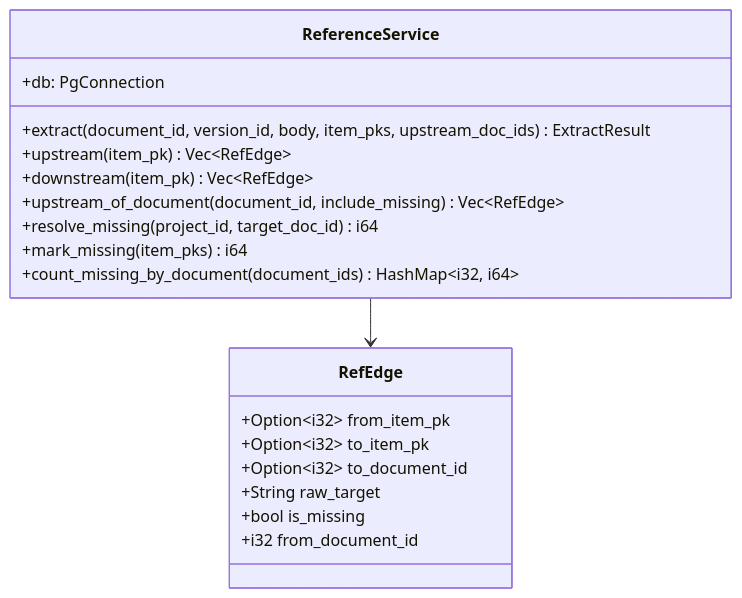
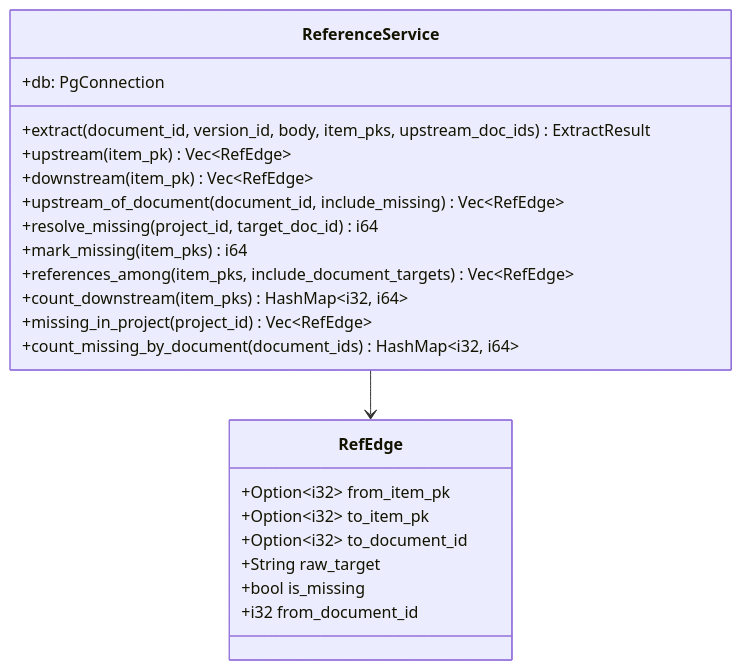
Before and after one commit to HoyoungParkme/syncdoc: the third of 6 diagrams in docs/specs/06-DOM/SYNC-DOM-004.md, drawn with Mermaid. The commit also changed other lines of this file, not shown here.

````diff
--- a/docs/specs/06-DOM/SYNC-DOM-004.md
+++ b/docs/specs/06-DOM/SYNC-DOM-004.md
@@ -445,22 +455,25 @@
 ```mermaid
 classDiagram
     class ReferenceService {
         +db: PgConnection
         +extract(document_id, version_id, body, item_pks, upstream_doc_ids) ExtractResult
         +upstream(item_pk) Vec~RefEdge~
         +downstream(item_pk) Vec~RefEdge~
         +upstream_of_document(document_id, include_missing) Vec~RefEdge~
         +resolve_missing(project_id, target_doc_id) i64
         +mark_missing(item_pks) i64
+        +references_among(item_pks, include_document_targets) Vec~RefEdge~
+        +count_downstream(item_pks) HashMap~i32, i64~
+        +missing_in_project(project_id) Vec~RefEdge~
         +count_missing_by_document(document_ids) HashMap~i32, i64~
     }
     class RefEdge {
         +Option~i32~ from_item_pk
         +Option~i32~ to_item_pk
         +Option~i32~ to_document_id
         +String raw_target
         +bool is_missing
         +i32 from_document_id
     }
     ReferenceService --> RefEdge
 ```
````
